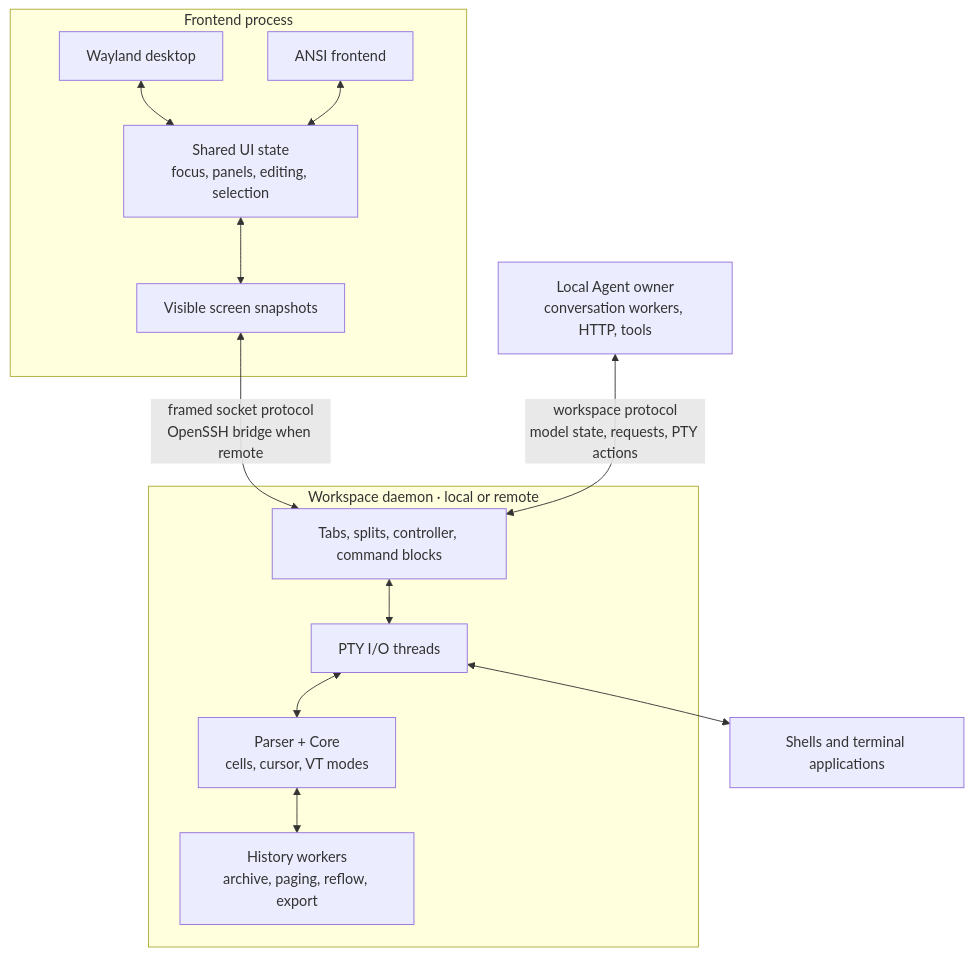
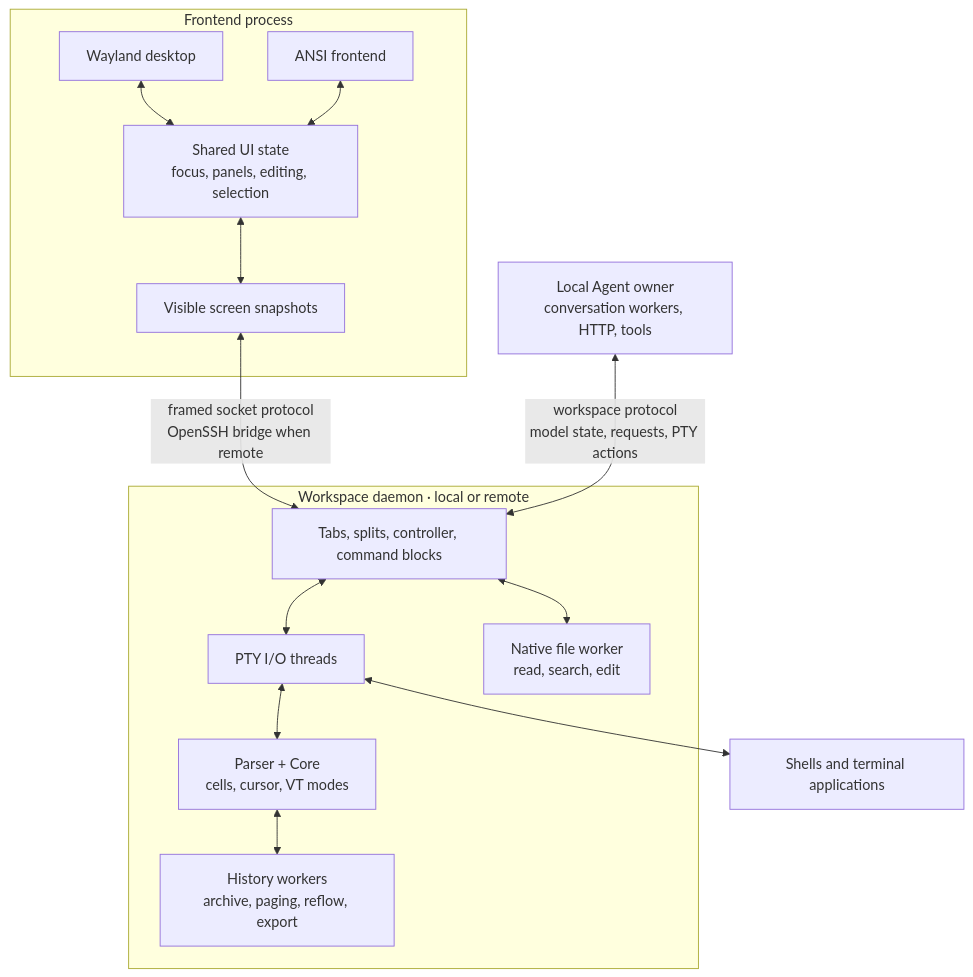
One commit to NEX-S/nextty changed the first of 2 diagrams in README.md. Above: the diagram before and after it, drawn with Mermaid. The commit also changed other lines of this file and 56 other files, not shown here.

````diff
--- a/README.md
+++ b/README.md
@@ -164,25 +184,27 @@
 ```mermaid
 flowchart TB
     subgraph Frontend["Frontend process"]
         Wayland["Wayland desktop"]
         ANSI["ANSI frontend"]
         UI["Shared UI state<br/>focus, panels, editing, selection"]
         Screens["Visible screen snapshots"]
         Wayland <--> UI
         ANSI <--> UI
         UI <--> Screens
     end
     subgraph Daemon["Workspace daemon · local or remote"]
         Workspace["Tabs, splits, controller, command blocks"]
         PTY["PTY I/O threads"]
         Core["Parser + Core<br/>cells, cursor, VT modes"]
         History["History workers<br/>archive, paging, reflow, export"]
+        Files["Native file worker<br/>read, search, edit"]
         Workspace <--> PTY
+        Workspace <--> Files
         PTY <--> Core
         Core <--> History
     end
     Screens <-->|"framed socket protocol<br/>OpenSSH bridge when remote"| Workspace
     Owner["Local Agent owner<br/>conversation workers, HTTP, tools"]
     Owner <-->|"workspace protocol<br/>model state, requests, PTY actions"| Workspace
     PTY <--> Shell["Shells and terminal applications"]
 ```
````
